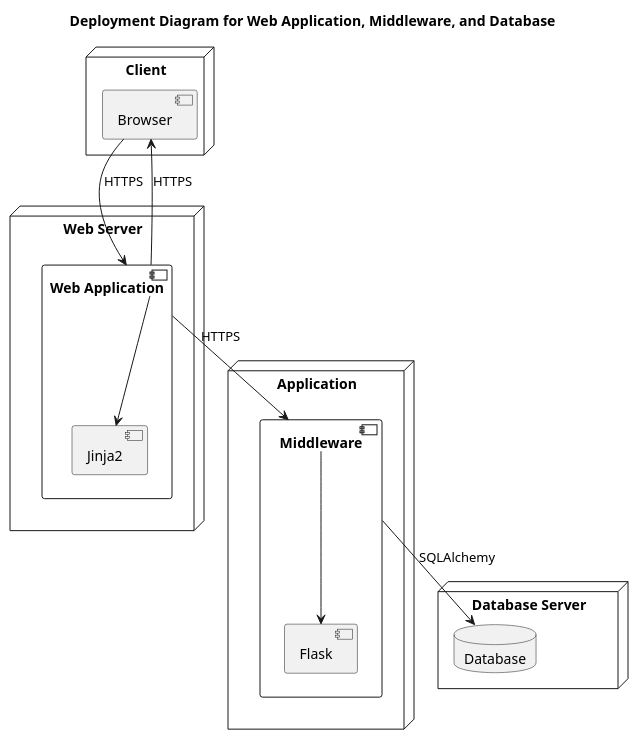
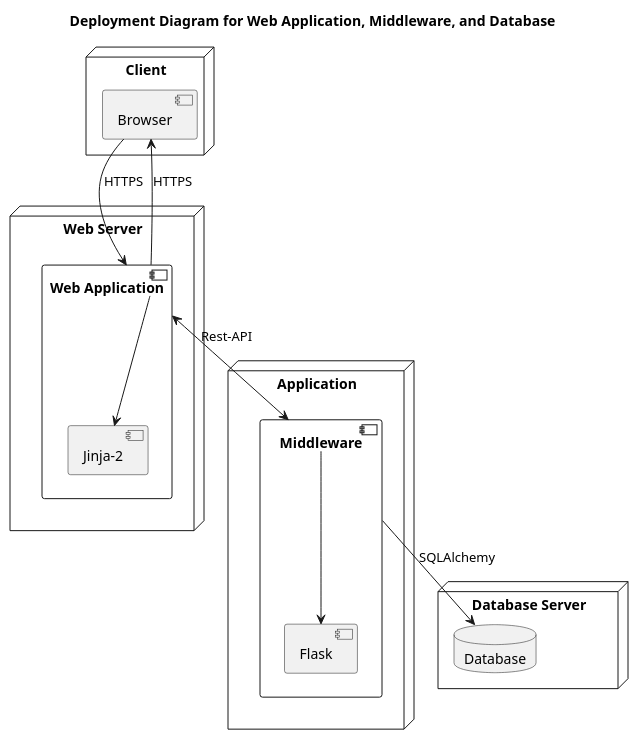
One commit to RichardSchultz-gh/semiconductor-logistics-automation changed the diagram in docs/development/Entwurf-Fachaustausch/Frau_Holle_architecure_deployment.puml. Above: the diagram before and after it, drawn with PlantUML.

Commit message:
kleine Änderung

```diff
--- a/docs/development/Entwurf-Fachaustausch/Frau_Holle_architecure_deployment.puml
+++ b/docs/development/Entwurf-Fachaustausch/Frau_Holle_architecure_deployment.puml
@@ -1,30 +1,30 @@
 @startuml deployment
 title Deployment Diagram for Web Application, Middleware, and Database
 
 node "Client" {
     [Browser]
 }
 
 node "Web Server" {
     component "Web Application" {
-        [Web Application] -down-> [Jinja2]
+        [Web Application] -down-> [Jinja-2]
     }
     [Web Application] --> [Browser] : HTTPS
 }
 
 node "Application" {
     component "Middleware" {
         [Middleware] -down-> [Flask]
     }
 }
 
 node "Database Server" {
     database "Database"
 }
 
 [Browser] --> [Web Application] : HTTPS
-[Web Application] --> [Middleware] : HTTPS
+[Web Application] <--> [Middleware] : Rest-API
 [Middleware] --> [Database] : SQLAlchemy
 
 
 @enduml
```
